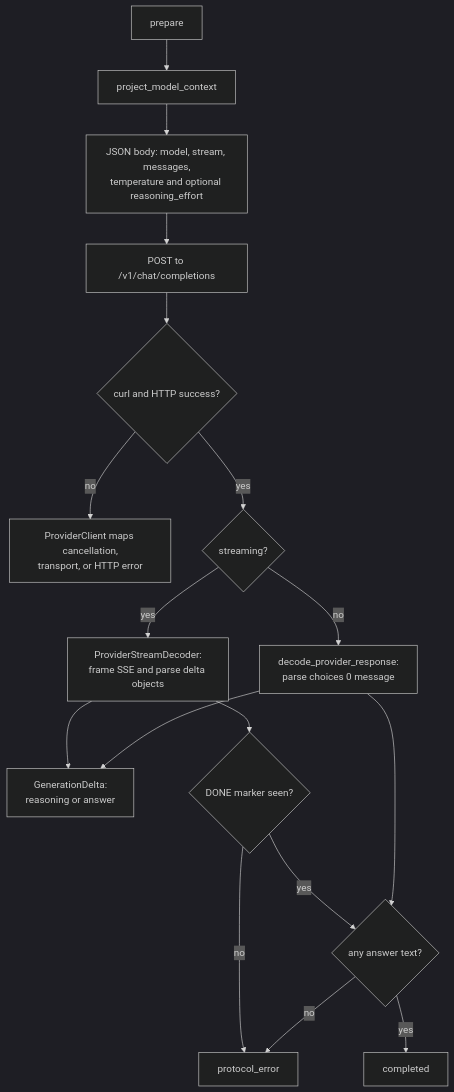
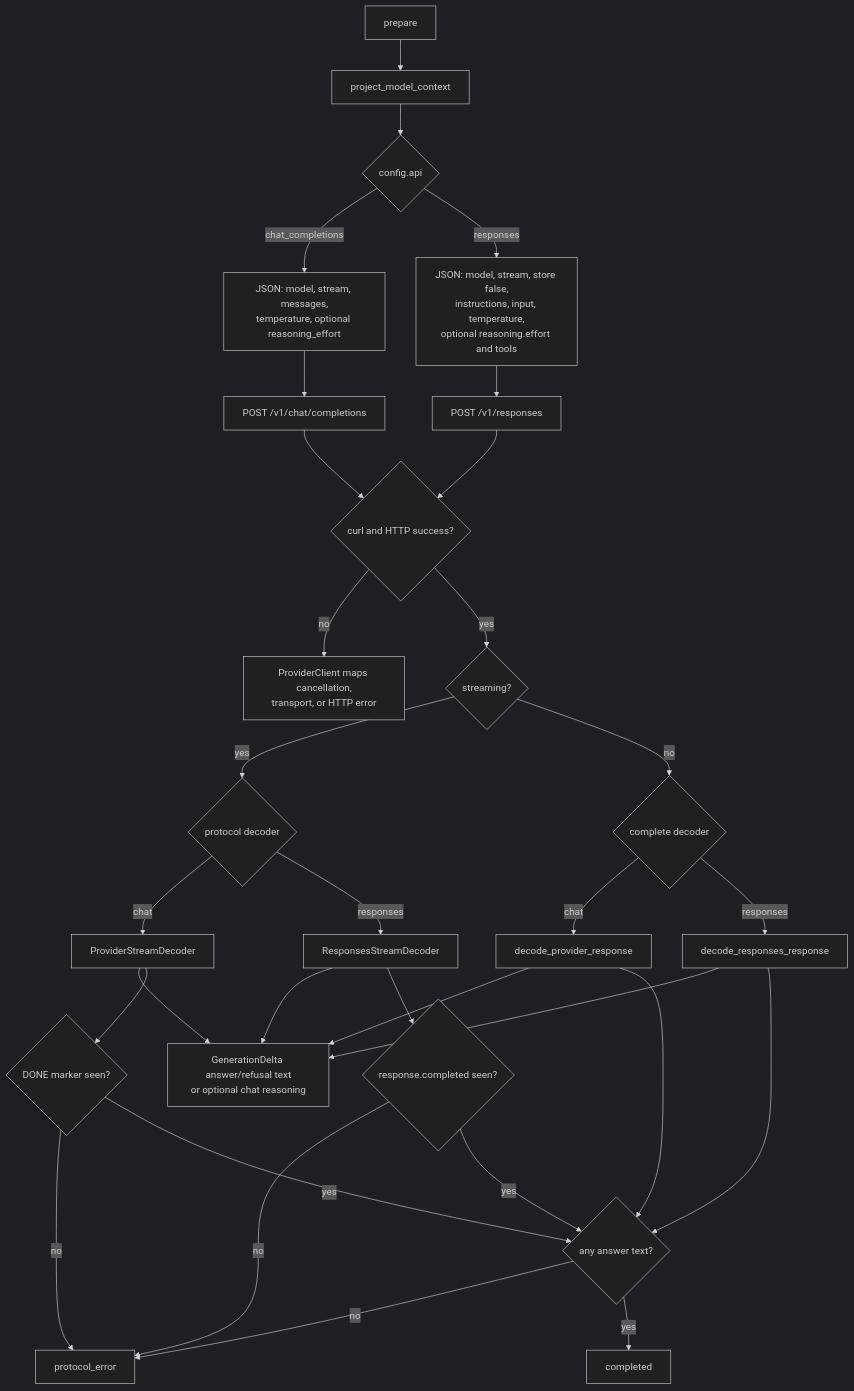
Before and after one commit to michaelpopov/cha: the third of 4 diagrams in src/agents/README.md, drawn with Mermaid (dark theme). The commit also changed other lines of this file and 30 other files, not shown here.

````diff
--- a/src/agents/README.md
+++ b/src/agents/README.md
@@ -231,19 +253,33 @@
 ```mermaid
 flowchart TD
     prep["prepare"] --> proj["project_model_context"]
-    proj --> body["JSON body: model, stream, messages,<br/>temperature and optional reasoning_effort"]
-    body --> post["POST to /v1/chat/completions"]
-    post --> transfer{"curl and HTTP success?"}
+    proj --> api{"config.api"}
+    api -->|"chat_completions"| chat_body["JSON: model, stream, messages,<br/>temperature, optional reasoning_effort"]
+    api -->|"responses"| resp_body["JSON: model, stream, store false,<br/>instructions, input, temperature,<br/>optional reasoning.effort and tools"]
+    chat_body --> chat_post["POST /v1/chat/completions"]
+    resp_body --> resp_post["POST /v1/responses"]
+    chat_post --> transfer{"curl and HTTP success?"}
+    resp_post --> transfer
     transfer -->|"no"| transport["ProviderClient maps cancellation,<br/>transport, or HTTP error"]
     transfer -->|"yes"| mode{"streaming?"}
-    mode -->|"yes"| sse["ProviderStreamDecoder:<br/>frame SSE and parse delta objects"]
-    mode -->|"no"| json["decode_provider_response:<br/>parse choices 0 message"]
-    sse --> frag["GenerationDelta:<br/>reasoning or answer"]
-    json --> frag
-    sse --> done{"DONE marker seen?"}
-    done -->|"no"| perr["protocol_error"]
-    done -->|"yes"| ans{"any answer text?"}
-    json --> ans
+    mode -->|"yes"| sse{"protocol decoder"}
+    mode -->|"no"| json{"complete decoder"}
+    sse -->|"chat"| chat_sse["ProviderStreamDecoder"]
+    sse -->|"responses"| resp_sse["ResponsesStreamDecoder"]
+    json -->|"chat"| chat_json["decode_provider_response"]
+    json -->|"responses"| resp_json["decode_responses_response"]
+    chat_sse --> frag["GenerationDelta answer/refusal text<br/>or optional chat reasoning"]
+    resp_sse --> frag
+    chat_json --> frag
+    resp_json --> frag
+    chat_sse --> chat_done{"DONE marker seen?"}
+    resp_sse --> resp_done{"response.completed seen?"}
+    chat_done -->|"no"| perr["protocol_error"]
+    resp_done -->|"no"| perr
+    chat_done -->|"yes"| ans{"any answer text?"}
+    resp_done -->|"yes"| ans
+    chat_json --> ans
+    resp_json --> ans
     ans -->|"no"| perr
     ans -->|"yes"| ok["completed"]
 ```
````
